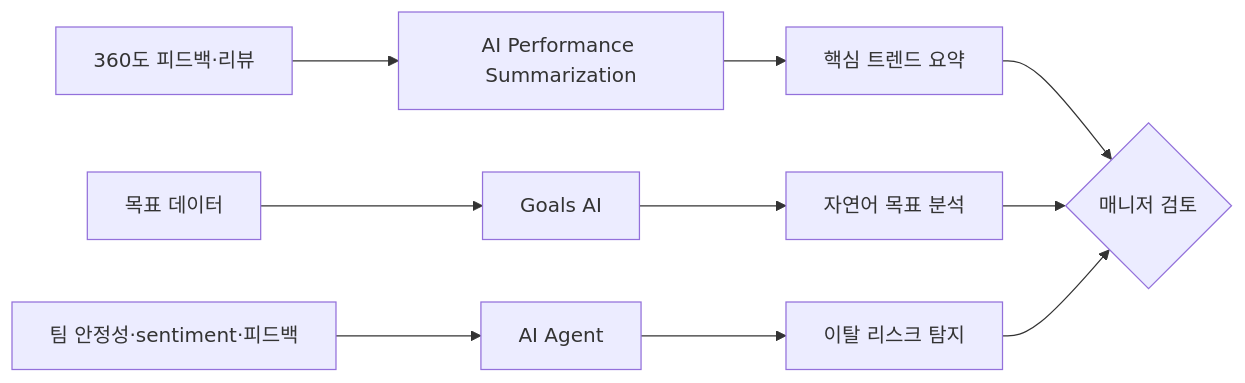
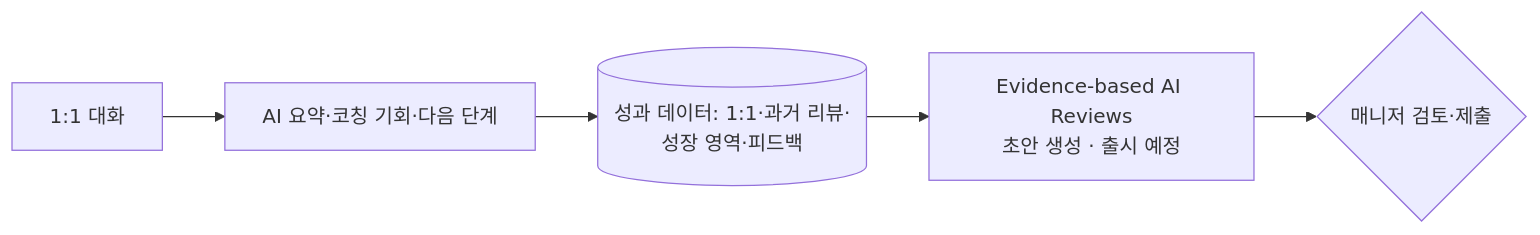
Before and after one commit to jameskim1st/hr-ai-benchmark: the diagram in wiki/usecases/lattice-ai-performance-summarization.md, drawn with Mermaid. The commit also changed other lines of this file and 222 other files, not shown here.

````diff
--- a/wiki/usecases/lattice-ai-performance-summarization.md
+++ b/wiki/usecases/lattice-ai-performance-summarization.md
@@ -64,12 +67,7 @@
 ```mermaid
 flowchart LR
-    A[360도 피드백·리뷰] --> B[AI Performance Summarization]
-    B --> C[핵심 트렌드 요약]
-    D[목표 데이터] --> E[Goals AI]
-    E --> F[자연어 목표 분석]
-    G[팀 안정성·sentiment·피드백] --> H[AI Agent]
-    H --> I[이탈 리스크 탐지]
-    C --> J{매니저 검토}
-    F --> J
-    I --> J
+    A[1:1 대화] --> B[AI 요약·코칭 기회·다음 단계]
+    B --> D[(성과 데이터: 1:1·과거 리뷰·성장 영역·피드백)]
+    D --> E[Evidence-based AI Reviews<br/>초안 생성 · 출시 예정]
+    E --> J{매니저 검토·제출}
 ```
````
